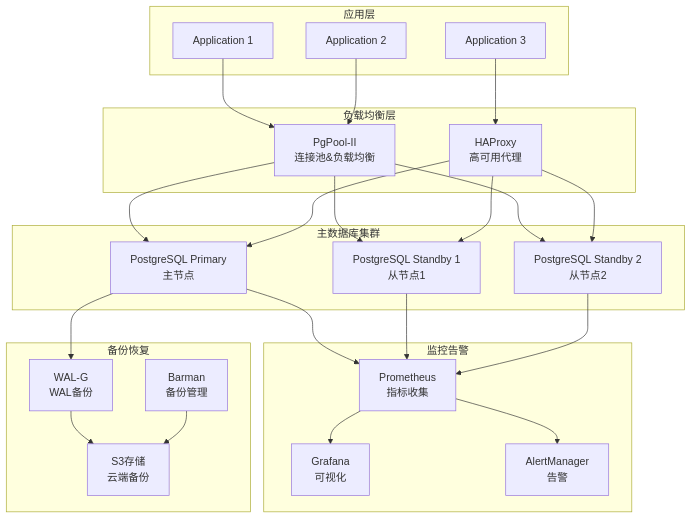
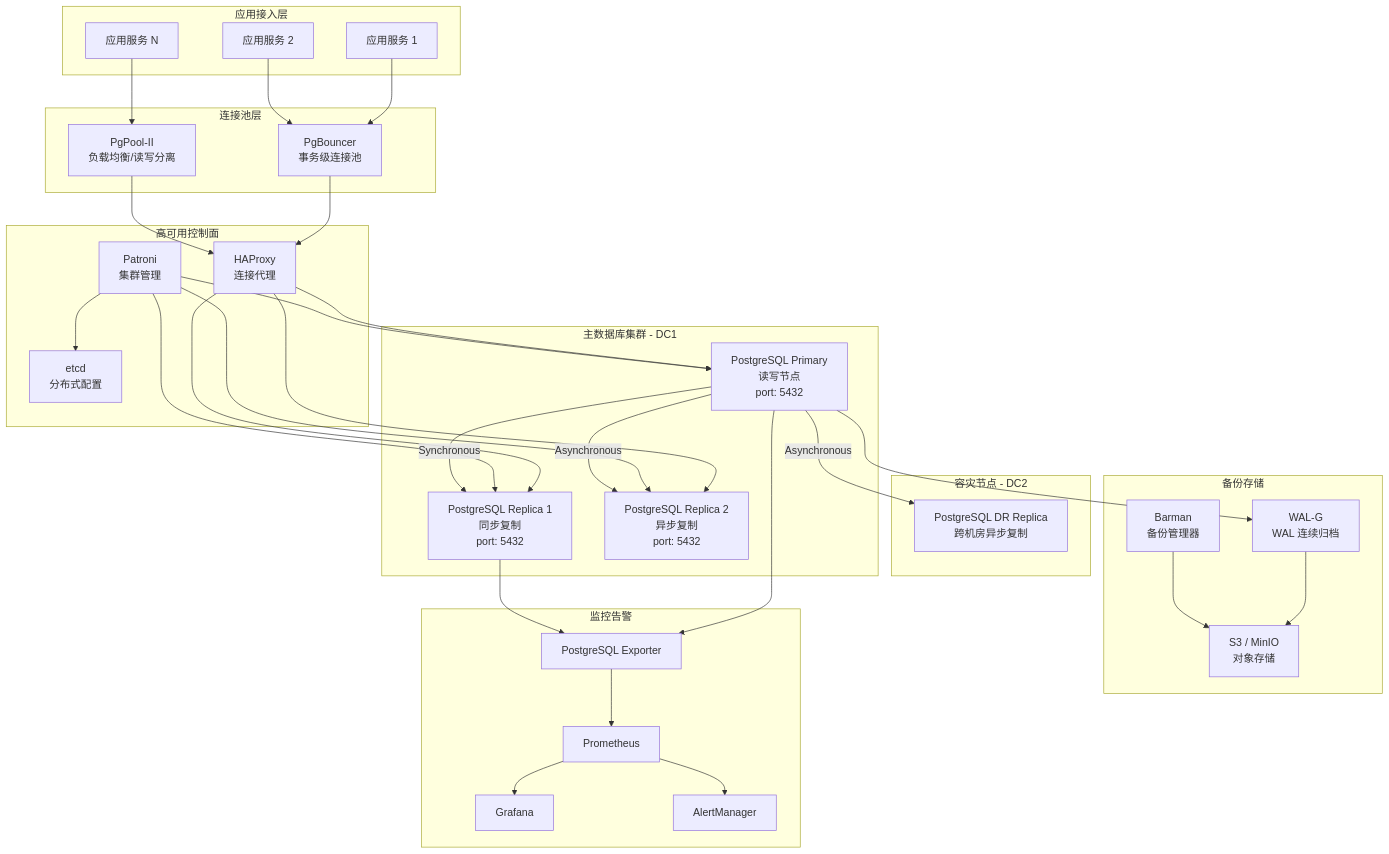
Before and after one commit to kudig-io/kudig-database: the first of 2 diagrams in domain-28-enterprise-database-middleware/02-postgresql-enterprise-database.md, drawn with Mermaid. The commit also changed other lines of this file and 8633 other files, not shown here.

````diff
--- a/domain-28-enterprise-database-middleware/02-postgresql-enterprise-database.md
+++ b/domain-28-enterprise-database-middleware/02-postgresql-enterprise-database.md
@@ -111,54 +63,70 @@
 ```mermaid
 graph TB
-    subgraph "应用层"
-        APP1[Application 1]
-        APP2[Application 2]
-        APP3[Application 3]
+    subgraph "应用接入层"
+        APP1[应用服务 1]
+        APP2[应用服务 2]
+        APPN[应用服务 N]
     end
-    
-    subgraph "负载均衡层"
-        PGPOOL[PgPool-II<br/>连接池&负载均衡]
-        HAPROXY[HAProxy<br/>高可用代理]
+
+    subgraph "连接池层"
+        PGBOUNCER[PgBouncer<br/>事务级连接池]
+        PGPOOL[PgPool-II<br/>负载均衡/读写分离]
     end
-    
-    subgraph "主数据库集群"
-        PRIMARY[PostgreSQL Primary<br/>主节点]
-        STANDBY1[PostgreSQL Standby 1<br/>从节点1]
-        STANDBY2[PostgreSQL Standby 2<br/>从节点2]
+
+    subgraph "高可用控制面"
+        PATRONI[Patroni<br/>集群管理]
+        ETCD[etcd<br/>分布式配置]
+        HAPROXY_PG[HAProxy<br/>连接代理]
     end
-    
+
+    subgraph "主数据库集群 - DC1"
+        PRIMARY[PostgreSQL Primary<br/>读写节点<br/>port: 5432]
+        REPLICA1[PostgreSQL Replica 1<br/>同步复制<br/>port: 5432]
+        REPLICA2[PostgreSQL Replica 2<br/>异步复制<br/>port: 5432]
+    end
+
+    subgraph "容灾节点 - DC2"
+        DRREPLICA[PostgreSQL DR Replica<br/>跨机房异步复制]
+    end
+
+    subgraph "备份存储"
+        WALG[WAL-G<br/>WAL 连续归档]
+        BARMAN[Barman<br/>备份管理器]
+        S3[S3 / MinIO<br/>对象存储]
+    end
+
     subgraph "监控告警"
-        PROMETHEUS[Prometheus<br/>指标收集]
-        GRAFANA[Grafana<br/>可视化]
-        ALERTMANAGER[AlertManager<br/>告警]
+        PGEXP[PostgreSQL Exporter]
+        PROM[Prometheus]
+        GRAF[Grafana]
+        ALERT[AlertManager]
     end
-    
-    subgraph "备份恢复"
-        WALG[WAL-G<br/>WAL备份]
-        BARMAN[Barman<br/>备份管理]
-        S3[S3存储<br/>云端备份]
-    end
-    
-    APP1 --> PGPOOL
-    APP2 --> PGPOOL
-    APP3 --> HAPROXY
-    
-    PGPOOL --> PRIMARY
-    PGPOOL --> STANDBY1
-    PGPOOL --> STANDBY2
-    
-    HAPROXY --> PRIMARY
-    HAPROXY --> STANDBY1
-    HAPROXY --> STANDBY2
-    
-    PRIMARY --> PROMETHEUS
-    STANDBY1 --> PROMETHEUS
-    STANDBY2 --> PROMETHEUS
-    
-    PROMETHEUS --> GRAFANA
-    PROMETHEUS --> ALERTMANAGER
-    
+
+    APP1 --> PGBOUNCER
+    APP2 --> PGBOUNCER
+    APPN --> PGPOOL
+    PGBOUNCER --> HAPROXY_PG
+    PGPOOL --> HAPROXY_PG
+    HAPROXY_PG --> PRIMARY
+    HAPROXY_PG --> REPLICA1
+    HAPROXY_PG --> REPLICA2
+
+    PATRONI --> ETCD
+    PATRONI --> PRIMARY
+    PATRONI --> REPLICA1
+    PATRONI --> REPLICA2
+
+    PRIMARY -->|Synchronous| REPLICA1
+    PRIMARY -->|Asynchronous| REPLICA2
+    PRIMARY -->|Asynchronous| DRREPLICA
+
     PRIMARY --> WALG
     WALG --> S3
     BARMAN --> S3
+
+    PRIMARY --> PGEXP
+    REPLICA1 --> PGEXP
+    PGEXP --> PROM
+    PROM --> GRAF
+    PROM --> ALERT
 ```
````
